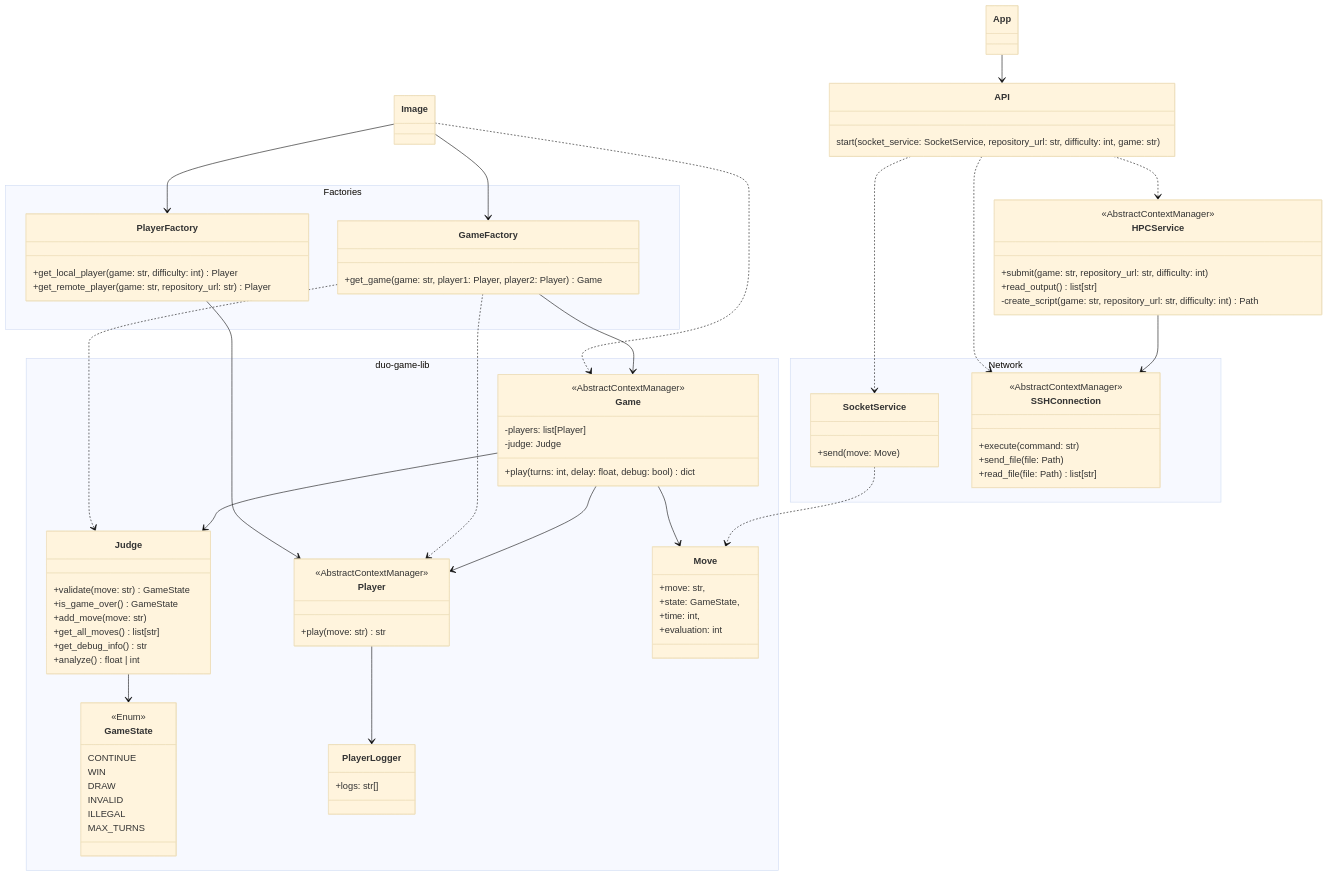
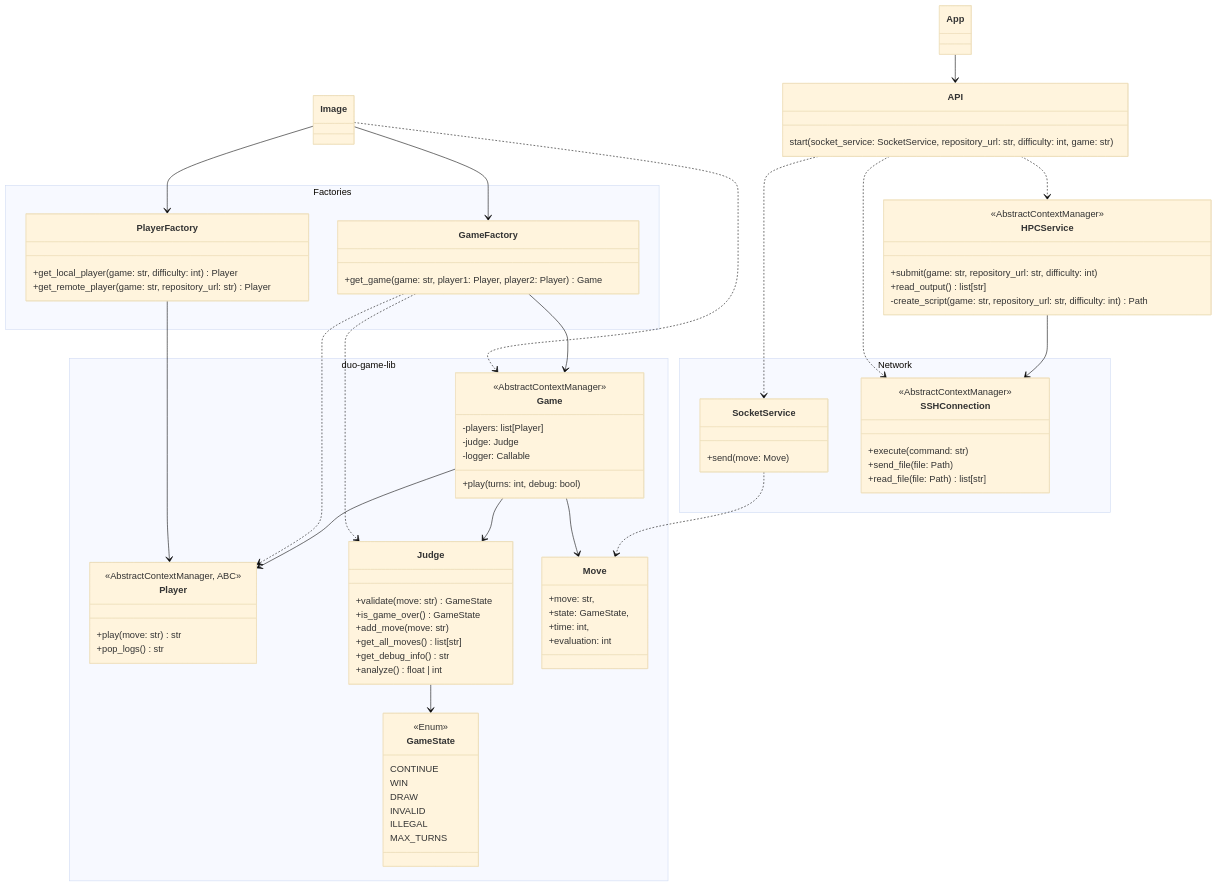
Before and after one commit to game-ai-platform-team/tira-ai-platform: the third of 5 diagrams in docs/architecture.md, drawn with Mermaid (base theme). The commit also changed other lines of this file, not shown here.

Commit message:
docs(#126): Update architecture

```diff
--- a/docs/architecture.md
+++ b/docs/architecture.md
@@ -141,7 +141,6 @@
 Game --> Judge
 Game --> Move
 Judge --> GameState
-Player --> PlayerLogger
 
 SocketService ..> Move
 
@@ -183,10 +182,12 @@
 namespace duo-game-lib {
     class Game {
         <<AbstractContextManager>>
+
         -players: list[Player]
         -judge: Judge
+        -logger: Callable
 
-        +play(turns: int, delay: float, debug: bool) dict
+        +play(turns: int, debug: bool)
     }
 
     class Judge {
@@ -199,8 +200,9 @@
     }
 
     class Player {
-        <<AbstractContextManager>>
+        <<AbstractContextManager, ABC>>
         +play(move: str) str
+        +pop_logs() str
     }
 
     class GameState {
@@ -214,10 +216,6 @@
         MAX_TURNS
     }
 
-    class PlayerLogger {
-        +logs: str[]
-    }
-
     class Move {
         +move: str,
         +state: GameState,
```
